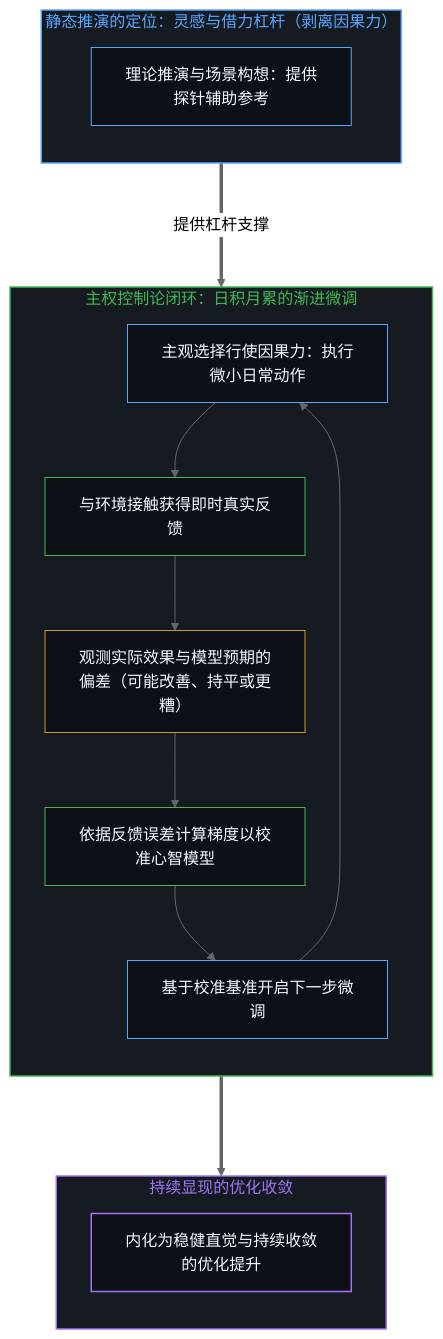
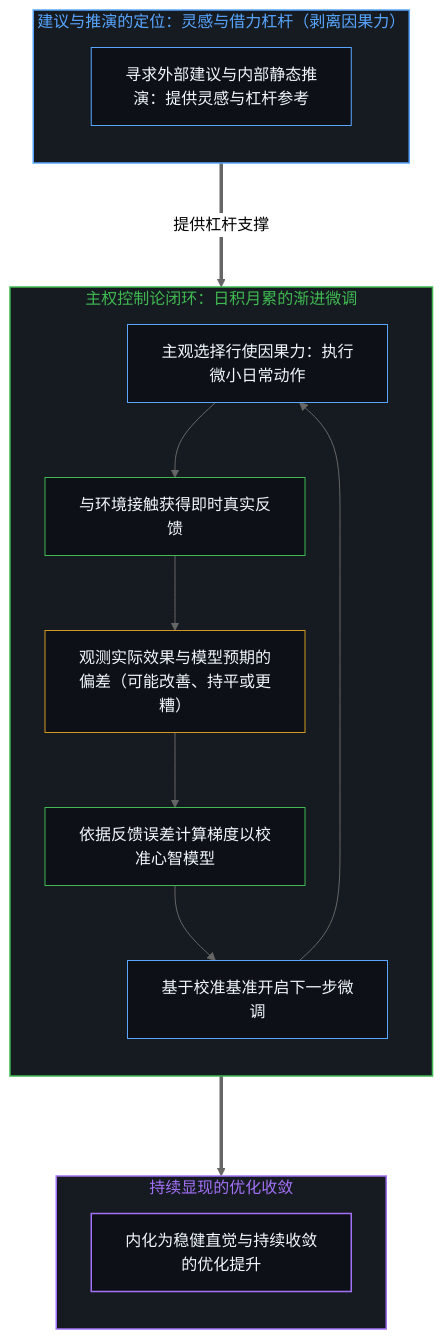
The seventh of 10 diagrams in content/posts/choice-itself-has-no-inherent-weight.md (powerpig99/not-a-toe), drawn with Mermaid (neutral theme) before and after one commit. The commit also changed other lines of this file and 4 other files, not shown here.

````diff
--- a/content/posts/choice-itself-has-no-inherent-weight.md
+++ b/content/posts/choice-itself-has-no-inherent-weight.md
@@ -245,35 +245,35 @@
 ```mermaid
 graph TD
-    subgraph S_Input ["静态推演的定位：灵感与借力杠杆（剥离因果力）"]
+    subgraph S_Input ["建议与推演的定位：灵感与借力杠杆（剥离因果力）"]
         direction TB
-        I_Model["理论推演与场景构想：提供探针辅助参考"]
+        I_Model["寻求外部建议与内部静态推演：提供灵感与杠杆参考"]
     end
 
     subgraph S_Loop ["主权控制论闭环：日积月累的渐进微调"]
         direction TB
         L_Try["主观选择行使因果力：执行微小日常动作"] --> L_Feedback["与环境接触获得即时真实反馈"]
         L_Feedback --> L_Observe["观测实际效果与模型预期的偏差（可能改善、持平或更糟）"]
         L_Observe --> L_Adjust["依据反馈误差计算梯度以校准心智模型"]
         L_Adjust --> L_Next["基于校准基准开启下一步微调"]
         L_Next --> L_Try
     end
 
     subgraph S_Output ["持续显现的优化收敛"]
         direction TB
         O_Bone["内化为稳健直觉与持续收敛的优化提升"]
     end
 
     I_Model ===>|提供杠杆支撑| L_Try
     L_Adjust ===> O_Bone
 
     style S_Input fill:#161b22,stroke:#58a6ff,stroke-width:1.5px,color:#58a6ff
     style S_Loop fill:#161b22,stroke:#3fb950,stroke-width:1.5px,color:#3fb950
     style S_Output fill:#161b22,stroke:#a371f7,stroke-width:1.5px,color:#a371f7
     style I_Model fill:#0d1117,stroke:#58a6ff,stroke-width:1px,color:#f0f6fc
     style L_Try fill:#0d1117,stroke:#58a6ff,stroke-width:1px,color:#f0f6fc
     style L_Feedback fill:#0d1117,stroke:#3fb950,stroke-width:1px,color:#f0f6fc
     style L_Observe fill:#0d1117,stroke:#d29922,stroke-width:1px,color:#f0f6fc
     style L_Adjust fill:#0d1117,stroke:#3fb950,stroke-width:1px,color:#f0f6fc
     style L_Next fill:#0d1117,stroke:#58a6ff,stroke-width:1px,color:#f0f6fc
     style O_Bone fill:#0d1117,stroke:#a371f7,stroke-width:1.5px,color:#f0f6fc
 ```
````
